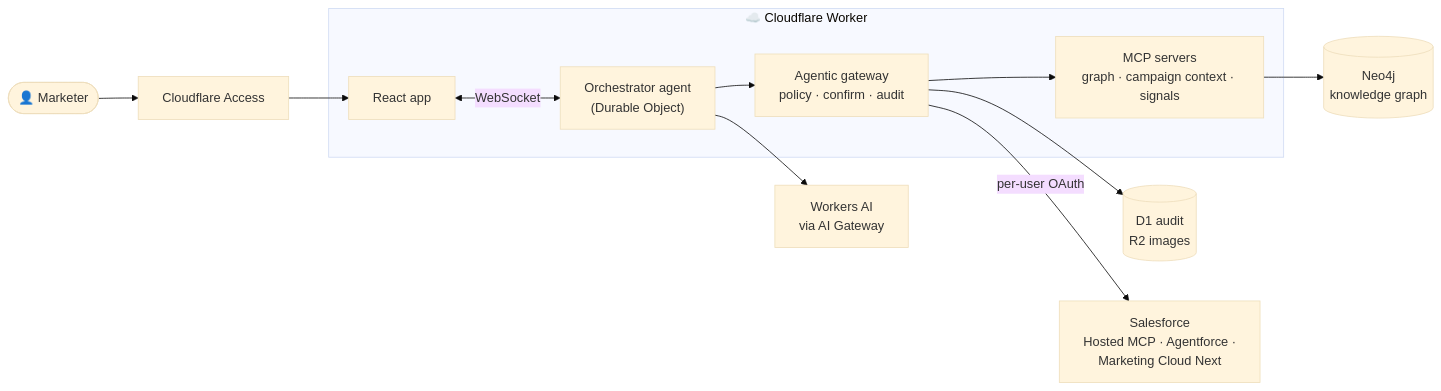
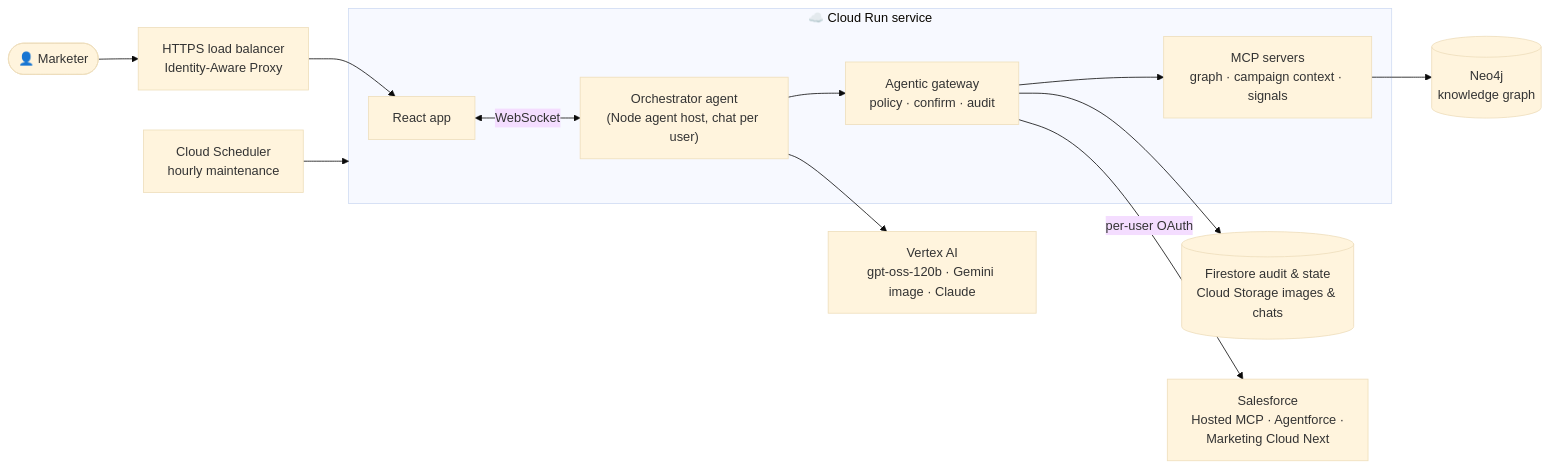
The diagram in README.md (awbauer/agentic-marketing-demo), drawn with Mermaid (base theme) before and after one commit. The commit also changed other lines of this file and 48 other files, not shown here.

````diff
--- a/README.md
+++ b/README.md
@@ -77,24 +78,26 @@
 ```mermaid
 flowchart LR
   user(["👤 Marketer"])
-  access["Cloudflare Access"]
+  lb["HTTPS load balancer<br/>Identity-Aware Proxy"]
 
-  subgraph worker["☁️ Cloudflare Worker"]
+  subgraph run["☁️ Cloud Run service"]
     spa["React app"]
-    orch["Orchestrator agent<br/>(Durable Object)"]
+    orch["Orchestrator agent<br/>(Node agent host, chat per user)"]
     gw["Agentic gateway<br/>policy · confirm · audit"]
     mcp["MCP servers<br/>graph · campaign context · signals"]
   end
 
-  ai["Workers AI<br/>via AI Gateway"]
-  data[("D1 audit<br/>R2 images")]
+  ai["Vertex AI<br/>gpt-oss-120b · Gemini image · Claude"]
+  data[("Firestore audit & state<br/>Cloud Storage images & chats")]
+  sched["Cloud Scheduler<br/>hourly maintenance"]
   sf["Salesforce<br/>Hosted MCP · Agentforce ·<br/>Marketing Cloud Next"]
   neo[("Neo4j<br/>knowledge graph")]
 
-  user --> access --> spa <-->|WebSocket| orch
+  user --> lb --> spa <-->|WebSocket| orch
   orch --> ai
   orch --> gw
   gw --> mcp --> neo
   gw -->|per-user OAuth| sf
   gw --> data
+  sched --> run
 ```
````
